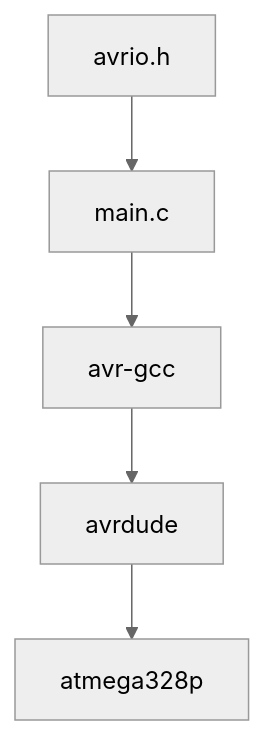
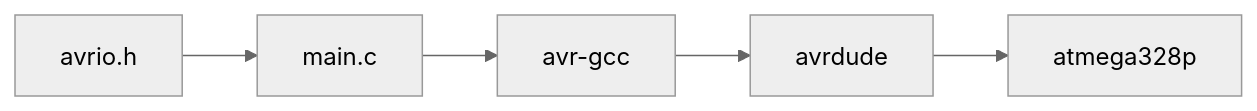
Before and after one commit to lumagician/low-level-avr: the diagram in README.md, drawn with Mermaid (neutral theme).

Commit message:
make flowchart horizontal

````diff
--- a/README.md
+++ b/README.md
@@ -4,7 +4,7 @@
 ```mermaid
-    graph TD;
+    graph LR;
     main.c --> avr-gcc;
     avrio.h --> main.c;
     avr-gcc --> avrdude;
     avrdude --> atmega328p;
 ```
````
